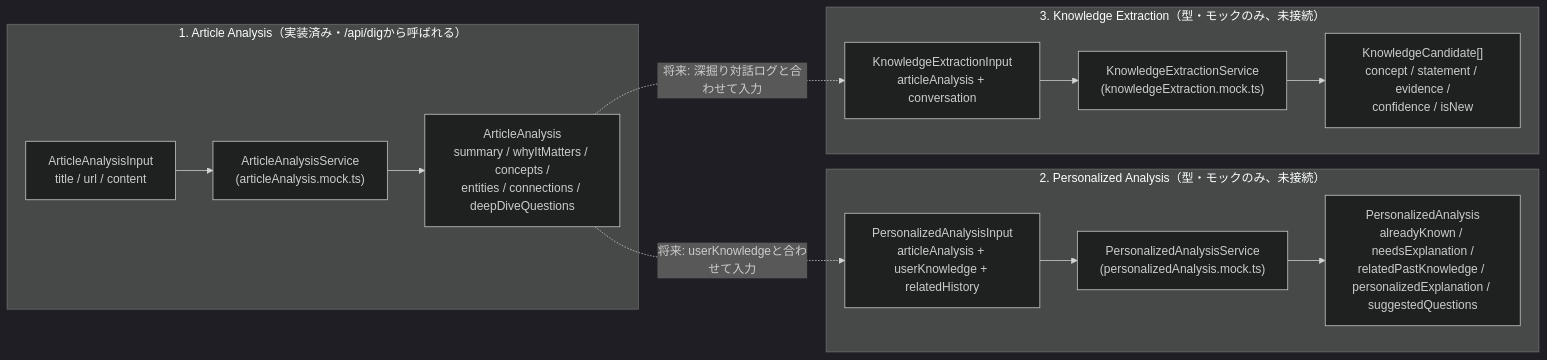
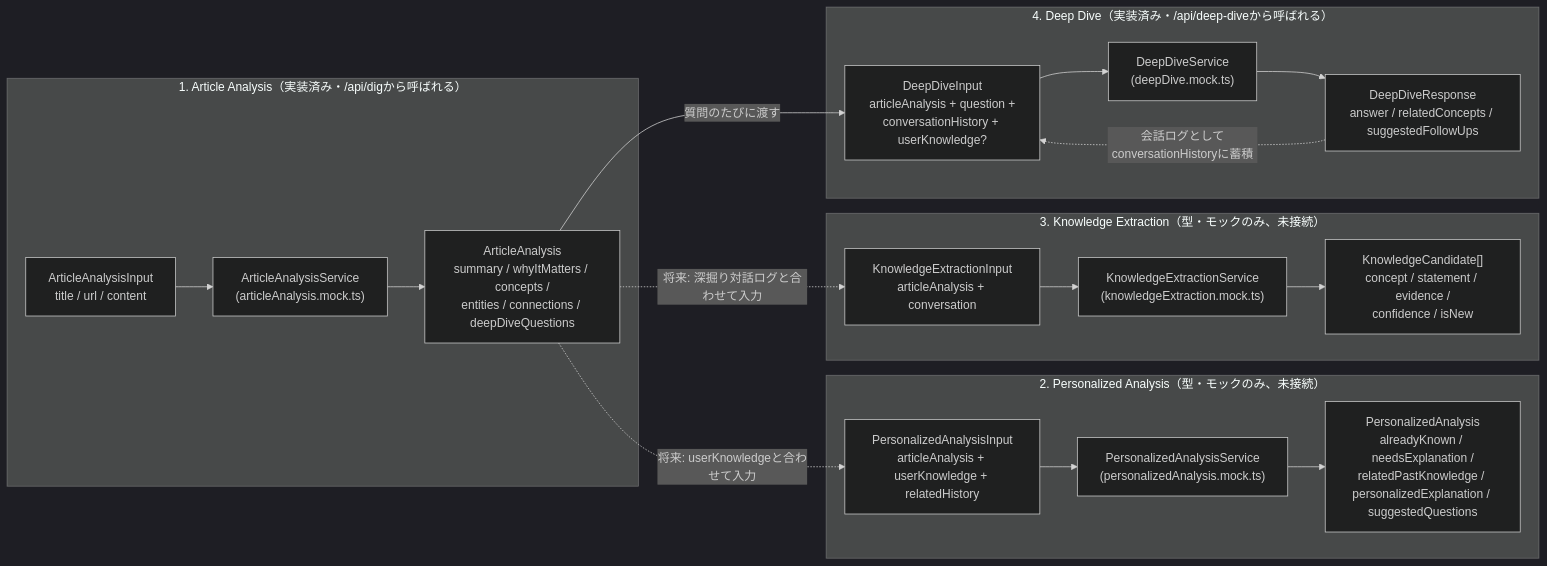
Before and after one commit to kokiwaku/digger: the second of 2 diagrams in backend/README.md, drawn with Mermaid (dark theme). The commit also changed other lines of this file and 13 other files, not shown here.

First line of the commit message:
Add free-form deep-dive chat after article analysis

````diff
--- a/backend/README.md
+++ b/backend/README.md
@@ -88,20 +101,27 @@
 ```mermaid
 flowchart LR
     subgraph "1. Article Analysis（実装済み・/api/digから呼ばれる）"
         AAI["ArticleAnalysisInput<br/>title / url / content"] --> AAS["ArticleAnalysisService<br/>(articleAnalysis.mock.ts)"]
         AAS --> AA["ArticleAnalysis<br/>summary / whyItMatters / concepts /<br/>entities / connections / deepDiveQuestions"]
     end
 
     subgraph "2. Personalized Analysis（型・モックのみ、未接続）"
         PAI["PersonalizedAnalysisInput<br/>articleAnalysis + userKnowledge + relatedHistory"] --> PAS["PersonalizedAnalysisService<br/>(personalizedAnalysis.mock.ts)"]
         PAS --> PA["PersonalizedAnalysis<br/>alreadyKnown / needsExplanation /<br/>relatedPastKnowledge / personalizedExplanation / suggestedQuestions"]
     end
 
     subgraph "3. Knowledge Extraction（型・モックのみ、未接続）"
         KEI["KnowledgeExtractionInput<br/>articleAnalysis + conversation"] --> KES["KnowledgeExtractionService<br/>(knowledgeExtraction.mock.ts)"]
         KES --> KE["KnowledgeCandidate[]<br/>concept / statement / evidence /<br/>confidence / isNew"]
     end
 
+    subgraph "4. Deep Dive（実装済み・/api/deep-diveから呼ばれる）"
+        DDI["DeepDiveInput<br/>articleAnalysis + question +<br/>conversationHistory + userKnowledge?"] --> DDS["DeepDiveService<br/>(deepDive.mock.ts)"]
+        DDS --> DDO["DeepDiveResponse<br/>answer / relatedConcepts / suggestedFollowUps"]
+    end
+
     AA -.->|将来: userKnowledgeと合わせて入力| PAI
     AA -.->|将来: 深掘り対話ログと合わせて入力| KEI
+    AA -->|質問のたびに渡す| DDI
+    DDO -.->|会話ログとしてconversationHistoryに蓄積| DDI
 ```
````
